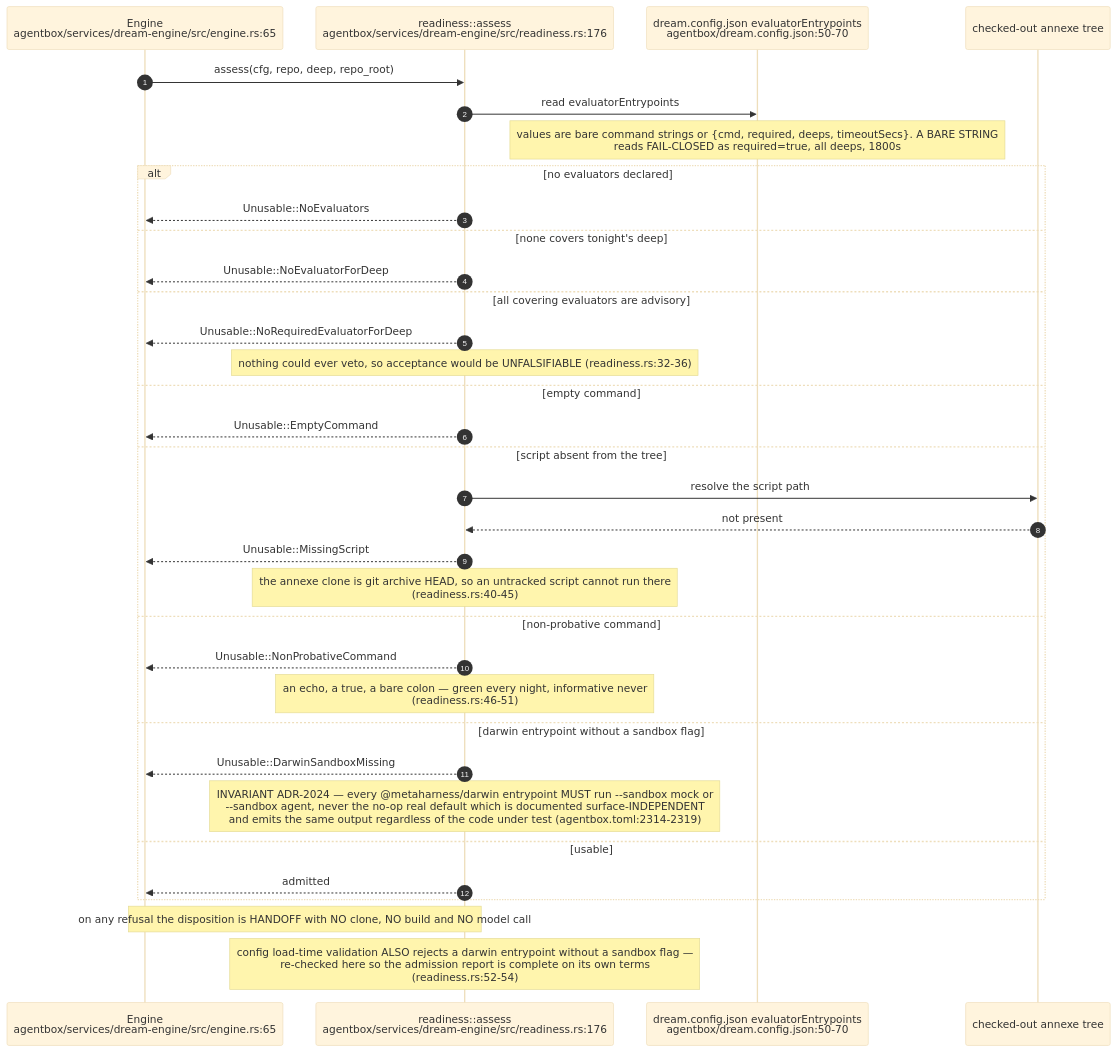
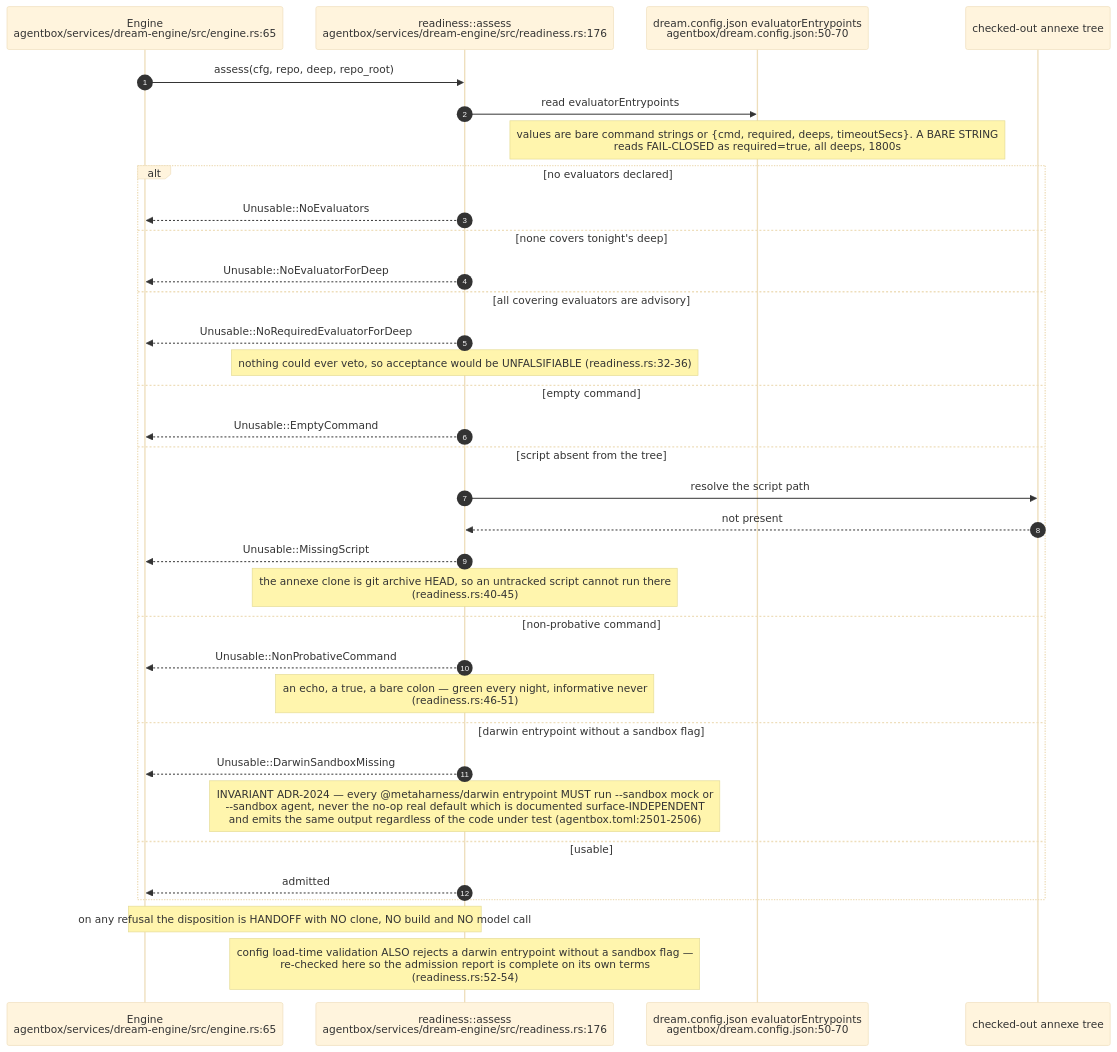
Before and after one commit to DreamLab-AI/VisionFlow: the third of 20 diagrams in docs/diagrams/agentbox/23-dream-engine.md, drawn with Mermaid (base theme). The commit also changed other lines of this file and 80 other files, not shown here.

First line of the commit message:
docs(diagrams): re-verify the agentbox, dreamlab, estate and visionflow corpus against current sources

````diff
--- a/docs/diagrams/agentbox/23-dream-engine.md
+++ b/docs/diagrams/agentbox/23-dream-engine.md
@@ -192,37 +194,37 @@
 ```mermaid
 sequenceDiagram
     autonumber
     participant ENG as Engine<br/>agentbox/services/dream-engine/src/engine.rs:65
     participant RDY as readiness::assess<br/>agentbox/services/dream-engine/src/readiness.rs:176
     participant CFG as dream.config.json evaluatorEntrypoints<br/>agentbox/dream.config.json:50-70
     participant TREE as checked-out annexe tree
 
     ENG->>RDY: assess(cfg, repo, deep, repo_root)
     RDY->>CFG: read evaluatorEntrypoints
     Note over CFG: values are bare command strings or {cmd, required, deeps, timeoutSecs}. A BARE STRING<br/>reads FAIL-CLOSED as required=true, all deeps, 1800s
     alt no evaluators declared
         RDY-->>ENG: Unusable::NoEvaluators
     else none covers tonight's deep
         RDY-->>ENG: Unusable::NoEvaluatorForDeep
     else all covering evaluators are advisory
         RDY-->>ENG: Unusable::NoRequiredEvaluatorForDeep
         Note over RDY: nothing could ever veto, so acceptance would be UNFALSIFIABLE (readiness.rs:32-36)
     else empty command
         RDY-->>ENG: Unusable::EmptyCommand
     else script absent from the tree
         RDY->>TREE: resolve the script path
         TREE-->>RDY: not present
         RDY-->>ENG: Unusable::MissingScript
         Note over RDY: the annexe clone is git archive HEAD, so an untracked script cannot run there<br/>(readiness.rs:40-45)
     else non-probative command
         RDY-->>ENG: Unusable::NonProbativeCommand
         Note over RDY: an echo, a true, a bare colon — green every night, informative never<br/>(readiness.rs:46-51)
     else darwin entrypoint without a sandbox flag
         RDY-->>ENG: Unusable::DarwinSandboxMissing
-        Note over RDY: INVARIANT ADR-2024 — every @metaharness/darwin entrypoint MUST run --sandbox mock or<br/>--sandbox agent, never the no-op real default which is documented surface-INDEPENDENT<br/>and emits the same output regardless of the code under test (agentbox.toml:2314-2319)
+        Note over RDY: INVARIANT ADR-2024 — every @metaharness/darwin entrypoint MUST run --sandbox mock or<br/>--sandbox agent, never the no-op real default which is documented surface-INDEPENDENT<br/>and emits the same output regardless of the code under test (agentbox.toml:2501-2506)
     else usable
         RDY-->>ENG: admitted
     end
     Note over ENG,RDY: on any refusal the disposition is HANDOFF with NO clone, NO build and NO model call
     Note over RDY: config load-time validation ALSO rejects a darwin entrypoint without a sandbox flag —<br/>re-checked here so the admission report is complete on its own terms<br/>(readiness.rs:52-54)
 ```
````
